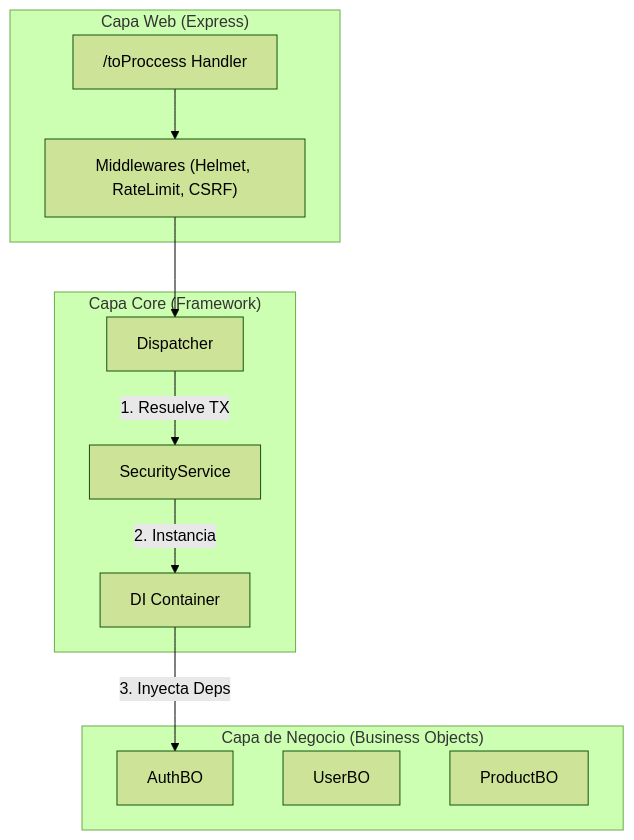
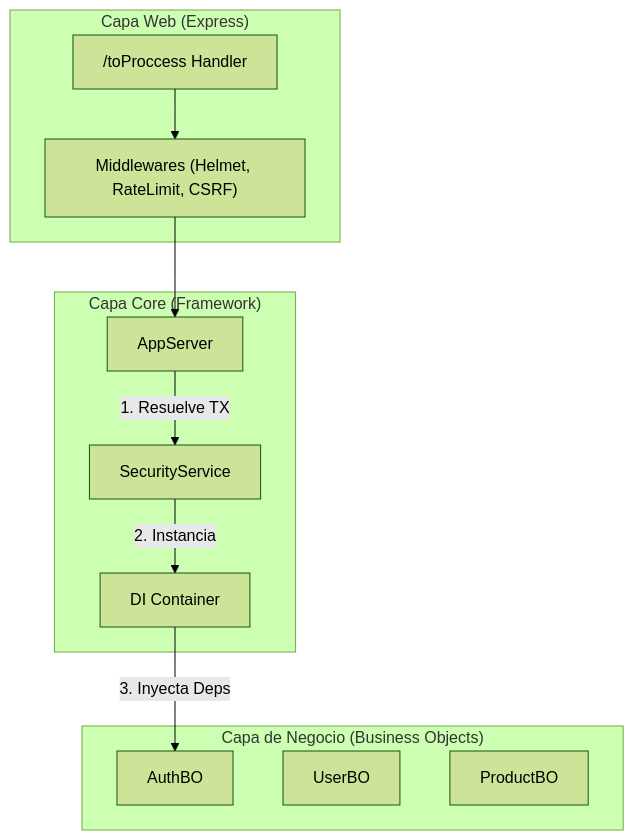
One commit to EliabParra/toproc changed the second of 2 diagrams in docs/02-Architecture/OVERVIEW.es.md. Above: the diagram before and after it, drawn with Mermaid (forest theme). The commit also changed other lines of this file and 27 other files, not shown here.

````diff
--- a/docs/02-Architecture/OVERVIEW.es.md
+++ b/docs/02-Architecture/OVERVIEW.es.md
@@ -36,25 +36,25 @@
 ```mermaid
 graph TD
     subgraph "Capa Web (Express)"
         Handler["/toProccess Handler"]
         Middlewares["Middlewares (Helmet, RateLimit, CSRF)"]
     end
 
     subgraph "Capa Core (Framework)"
-        Dispatcher[Dispatcher]
+        AppServer[AppServer]
         Security[SecurityService]
         Container[DI Container]
     end
 
     subgraph "Capa de Negocio (Business Objects)"
         AuthBO[AuthBO]
         UserBO[UserBO]
         ProductBO[ProductBO]
     end
 
     Handler --> Middlewares
-    Middlewares --> Dispatcher
-    Dispatcher -->|1. Resuelve TX| Security
+    Middlewares --> AppServer
+    AppServer -->|1. Resuelve TX| Security
     Security -->|2. Instancia| Container
     Container -->|3. Inyecta Deps| AuthBO
 ```
````
